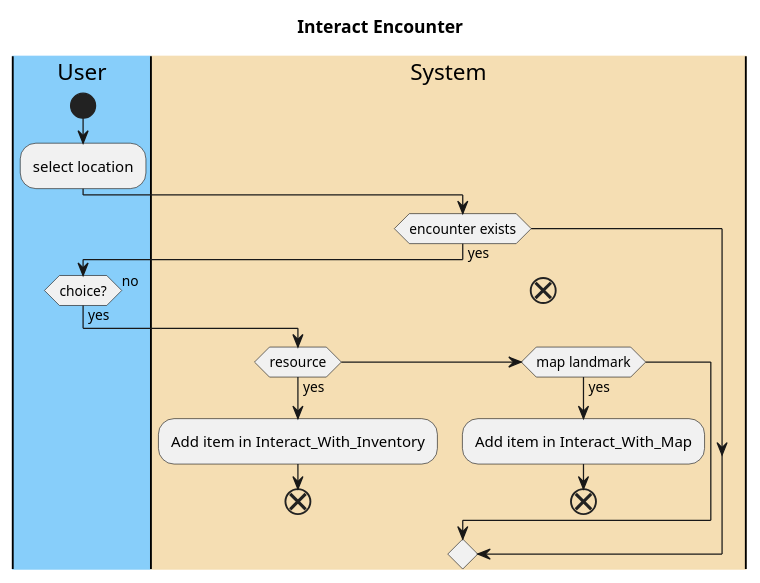
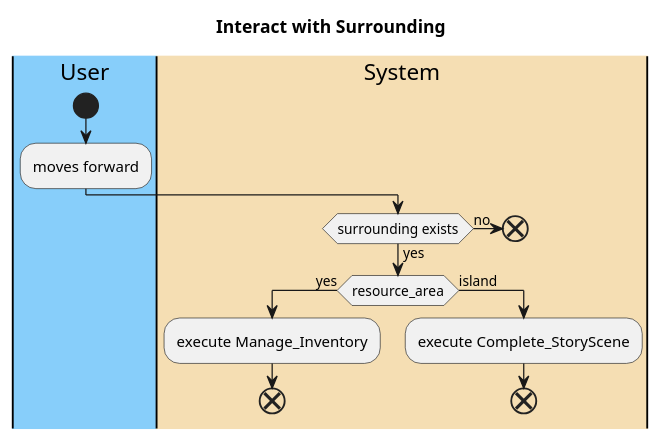
Before and after one commit to emutchek/MaraudersAtSea: the diagram in CMPU_203_PirateGame/doc/use-cases/Interact_Surroundings.md, drawn with PlantUML. The commit also changed other lines of this file and 2 other files, not shown here.

Commit message:
edited use cases

````diff
--- a/CMPU_203_PirateGame/doc/use-cases/Interact_Surroundings.md
+++ b/CMPU_203_PirateGame/doc/use-cases/Interact_Surroundings.md
@@ -30,28 +31,23 @@
 ```PlantUML
 @startuml
-title Interact Encounter
+title Interact with Surrounding
 |#LightSkyBlue|User|
 |#Wheat|System|
 
 |User|
 start
-:select location;
+:moves forward;
 |System|
-if(encounter exists) then (yes)
-    |User|
-    if(choice?) then (yes)
+if(surrounding exists) then (yes)
     |System|
-        if (resource) then (yes)
-        :Add item in Interact_With_Inventory;
+        if (resource_area) then (yes)
+            :execute Manage_Inventory;
         end
-        else if (map landmark) then (yes)
-        :Add item in Interact_With_Map;
+        else (island)
+            :execute Complete_StoryScene;
         end
- 
     endif
 else (no)
     end
-endif
-    
 @enduml
 ```
````
